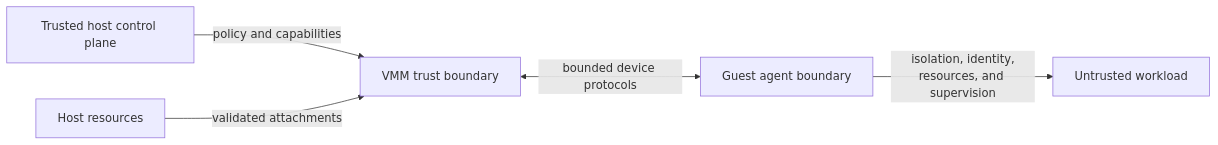
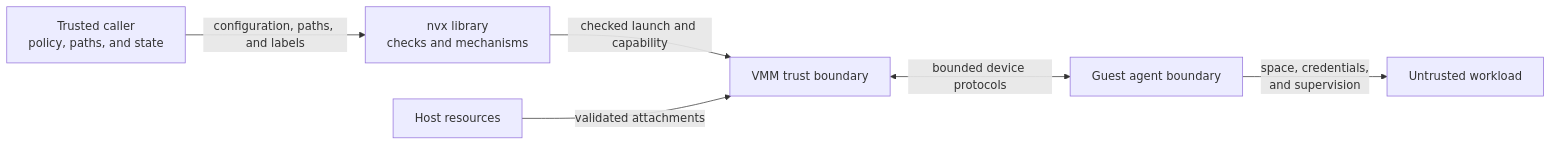
The diagram in doc/design/1.4-trust-boundaries.md (microsoft/nvx), drawn with Mermaid before and after one commit. The commit also changed other lines of this file and 11 other files, not shown here.

````diff
--- a/doc/design/1.4-trust-boundaries.md
+++ b/doc/design/1.4-trust-boundaries.md
@@ -10,13 +13,15 @@
 ```mermaid
 flowchart LR
-   Control["Trusted host control plane"]
+   Caller["Trusted caller<br/>policy, paths, and state"]
+   Library["nvx library<br/>checks and mechanisms"]
    Vmm["VMM trust boundary"]
    Agent["Guest agent boundary"]
    Workload["Untrusted workload"]
    Resources["Host resources"]
 
-   Control -->|"policy and capabilities"| Vmm
+   Caller -->|"configuration, paths, and labels"| Library
+   Library -->|"checked launch and capability"| Vmm
    Resources -->|"validated attachments"| Vmm
    Vmm <-->|"bounded device protocols"| Agent
-   Agent -->|"isolation, identity,<br/>resources, and supervision"| Workload
+   Agent -->|"space, credentials,<br/>and supervision"| Workload
 ```
````
